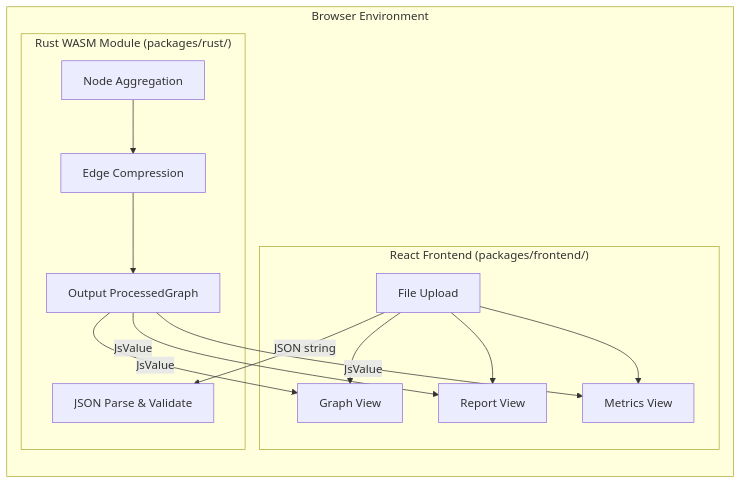
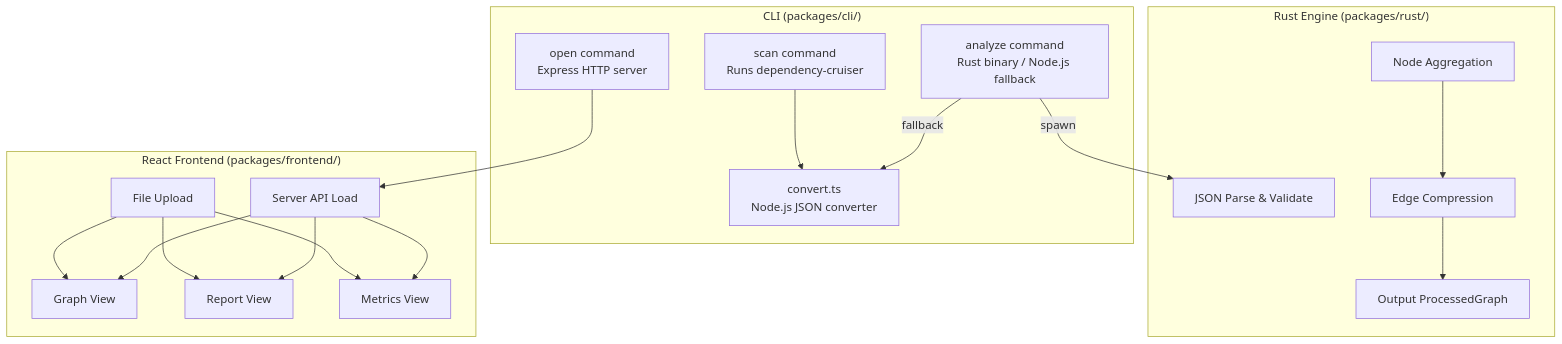
One commit to fisher-89/dependency-cruiser-reporter changed the second of 3 diagrams in docs/architecture/overview.md. Above: the diagram before and after it, drawn with Mermaid. The commit also changed other lines of this file and 20 other files, not shown here.

````diff
--- a/docs/architecture/overview.md
+++ b/docs/architecture/overview.md
@@ -16,30 +16,36 @@
 ```mermaid
 flowchart TB
-    subgraph Browser["Browser Environment"]
-        direction TB
+    subgraph CLI["CLI (packages/cli/)"]
+        Scan["scan command\nRuns dependency-cruiser"]
+        Analyze["analyze command\nRust binary / Node.js fallback"]
+        Open["open command\nExpress HTTP server"]
+        Convert["convert.ts\nNode.js JSON converter"]
+    end
 
-        subgraph Frontend["React Frontend (packages/frontend/)"]
-            Upload[File Upload]
-            Graph[Graph View]
-            Report[Report View]
-            Metrics[Metrics View]
+    subgraph Rust["Rust Engine (packages/rust/)"]
+        Parse["JSON Parse & Validate"]
+        Agg["Node Aggregation"]
+        Edge["Edge Compression"]
+        Output["Output ProcessedGraph"]
+    end
 
-            Upload --> Graph
-            Upload --> Report
-            Upload --> Metrics
-        end
+    subgraph Frontend["React Frontend (packages/frontend/)"]
+        Upload["File Upload"]
+        ServerLoad["Server API Load"]
+        Graph["Graph View"]
+        Report["Report View"]
+        Metrics["Metrics View"]
+    end
 
-        subgraph WASM["Rust WASM Module (packages/rust/)"]
-            Parse[JSON Parse & Validate]
-            Agg[Node Aggregation]
-            Edge[Edge Compression]
-            Output[Output ProcessedGraph]
-        end
-
-        Upload -->|JSON string| Parse
-        Agg --> Edge --> Output
-        Output -->|JsValue| Graph
-        Output -->|JsValue| Report
-        Output -->|JsValue| Metrics
-    end
+    Scan --> Convert
+    Analyze -->|spawn| Parse
+    Analyze -->|fallback| Convert
+    Agg --> Edge --> Output
+    Open --> ServerLoad
+    Upload --> Graph
+    Upload --> Report
+    Upload --> Metrics
+    ServerLoad --> Graph
+    ServerLoad --> Report
+    ServerLoad --> Metrics
 ```
````
